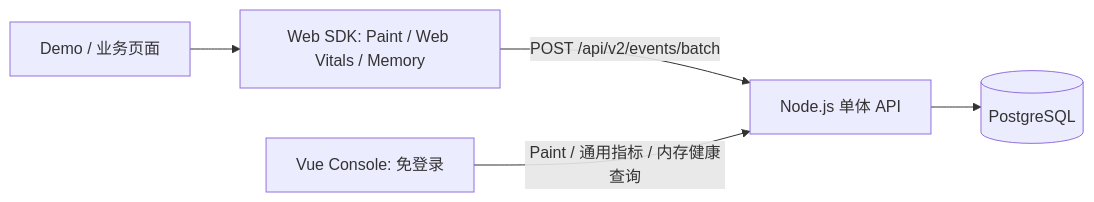
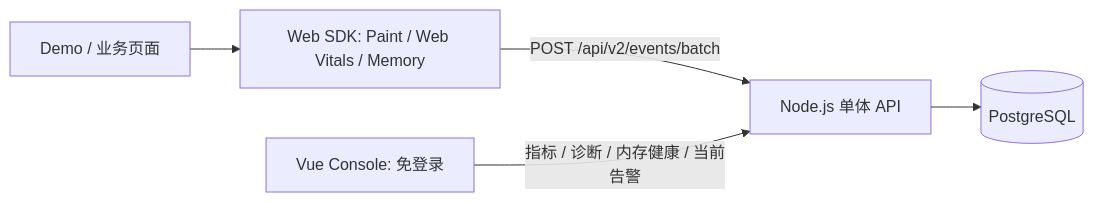
The first of 2 diagrams in docs/总体架构.md (1193082625/performance-platform), drawn with Mermaid before and after one commit. The commit also changed other lines of this file and 27 other files, not shown here.

````diff
--- a/docs/总体架构.md
+++ b/docs/总体架构.md
@@ -32,7 +32,7 @@
 ```mermaid
 flowchart LR
     DEMO[Demo / 业务页面] --> SDK[Web SDK: Paint / Web Vitals / Memory]
     SDK -->|POST /api/v2/events/batch| API[Node.js 单体 API]
     API --> PG[(PostgreSQL)]
-    UI[Vue Console: 免登录] -->|Paint / 通用指标 / 内存健康查询| API
+    UI[Vue Console: 免登录] -->|指标 / 诊断 / 内存健康 / 当前告警| API
 ```
````
